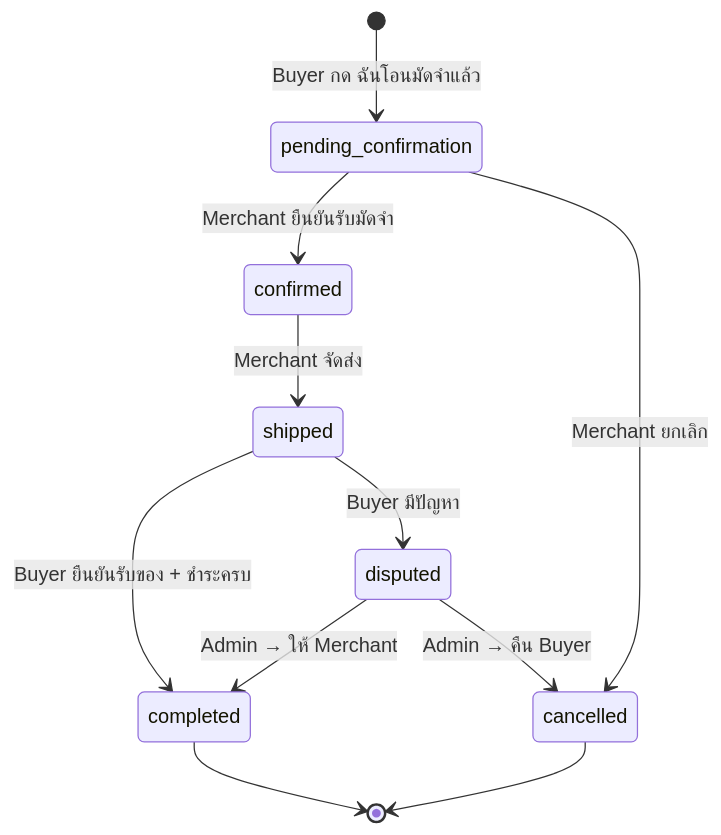
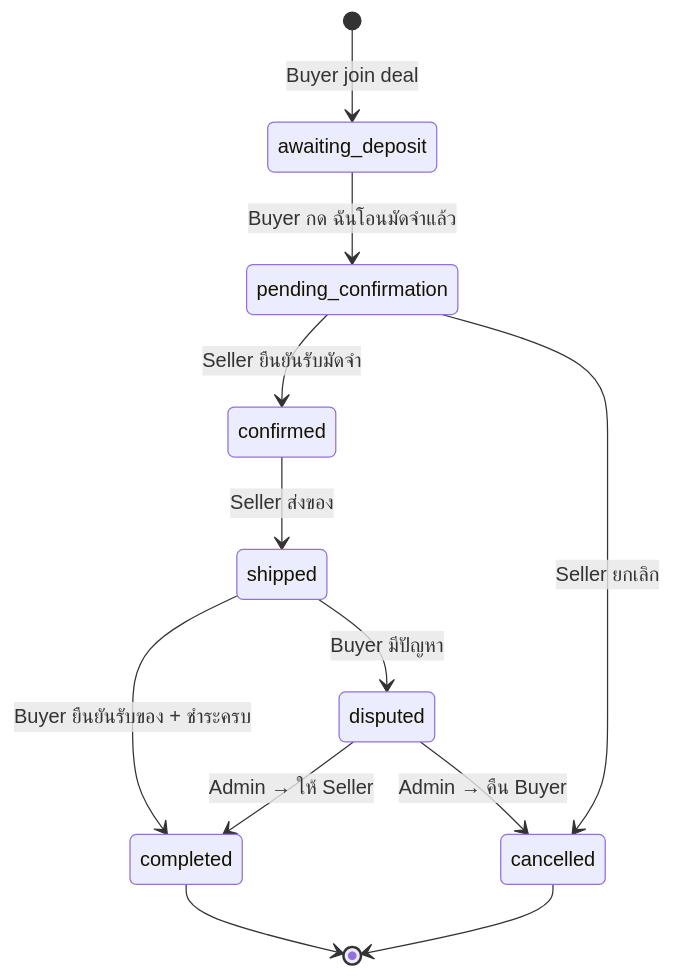
Before and after one commit to chumphon28/gig-guard: the second of 4 diagrams in initial-requirement.md, drawn with Mermaid. The commit also changed other lines of this file, not shown here.

````diff
--- a/initial-requirement.md
+++ b/initial-requirement.md
@@ -144,13 +339,14 @@
 ```mermaid
 stateDiagram-v2
-    [*] --> pending_confirmation : Buyer กด ฉันโอนมัดจำแล้ว
-    pending_confirmation --> confirmed : Merchant ยืนยันรับมัดจำ
-    pending_confirmation --> cancelled : Merchant ยกเลิก
-    confirmed --> shipped : Merchant จัดส่ง
+    [*] --> awaiting_deposit : Buyer join deal
+    awaiting_deposit --> pending_confirmation : Buyer กด ฉันโอนมัดจำแล้ว
+    pending_confirmation --> confirmed : Seller ยืนยันรับมัดจำ
+    pending_confirmation --> cancelled : Seller ยกเลิก
+    confirmed --> shipped : Seller ส่งของ
     shipped --> completed : Buyer ยืนยันรับของ + ชำระครบ
     shipped --> disputed : Buyer มีปัญหา
-    disputed --> completed : Admin → ให้ Merchant
+    disputed --> completed : Admin → ให้ Seller
     disputed --> cancelled : Admin → คืน Buyer
     completed --> [*]
     cancelled --> [*]
 ```
````
